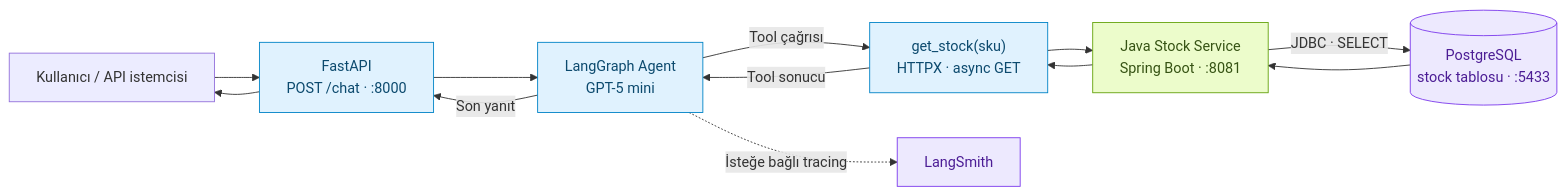
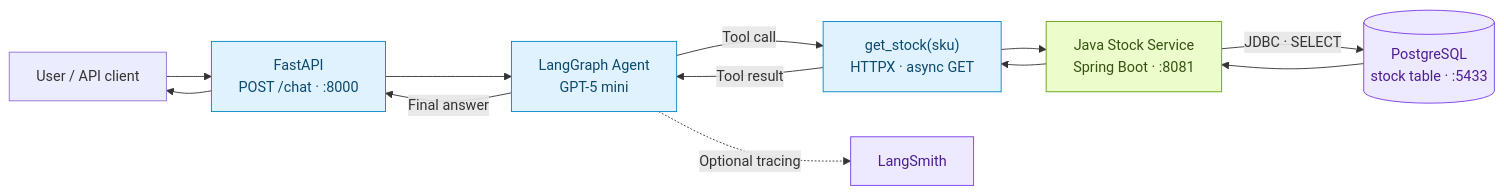
Before and after one commit to gocenalper/customer-assistant-agent: the first of 2 diagrams in README.md, drawn with Mermaid. The commit also changed other lines of this file and 1 other file, not shown here.

````diff
--- a/README.md
+++ b/README.md
@@ -33,21 +33,21 @@
 ```mermaid
 flowchart LR
-    U["Kullanıcı / API istemcisi"] --> F["FastAPI<br/>POST /chat · :8000"]
+    U["User / API client"] --> F["FastAPI<br/>POST /chat · :8000"]
     F --> A["LangGraph Agent<br/>GPT-5 mini"]
-    A -->|Tool çağrısı| T["get_stock(sku)<br/>HTTPX · async GET"]
+    A -->|Tool call| T["get_stock(sku)<br/>HTTPX · async GET"]
     T --> J["Java Stock Service<br/>Spring Boot · :8081"]
-    J -->|JDBC · SELECT| P[("PostgreSQL<br/>stock tablosu · :5433")]
+    J -->|JDBC · SELECT| P[("PostgreSQL<br/>stock table · :5433")]
     P --> J
     J --> T
-    T -->|Tool sonucu| A
-    A -->|Son yanıt| F
+    T -->|Tool result| A
+    A -->|Final answer| F
     F --> U
-    A -. "İsteğe bağlı tracing" .-> L["LangSmith"]
+    A -. "Optional tracing" .-> L["LangSmith"]
 
     classDef python fill:#e0f2fe,stroke:#0284c7,color:#0c4a6e
     classDef java fill:#ecfccb,stroke:#65a30d,color:#365314
     classDef data fill:#ede9fe,stroke:#7c3aed,color:#4c1d95
     class F,A,T python
     class J java
     class P,L data
 ```
````
